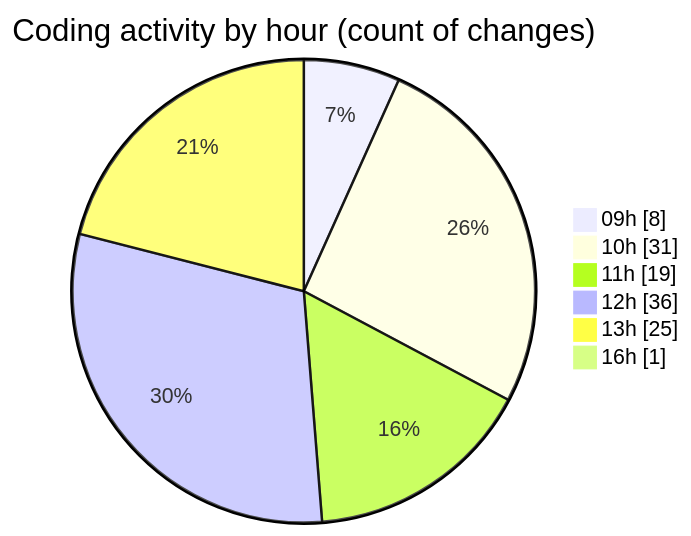
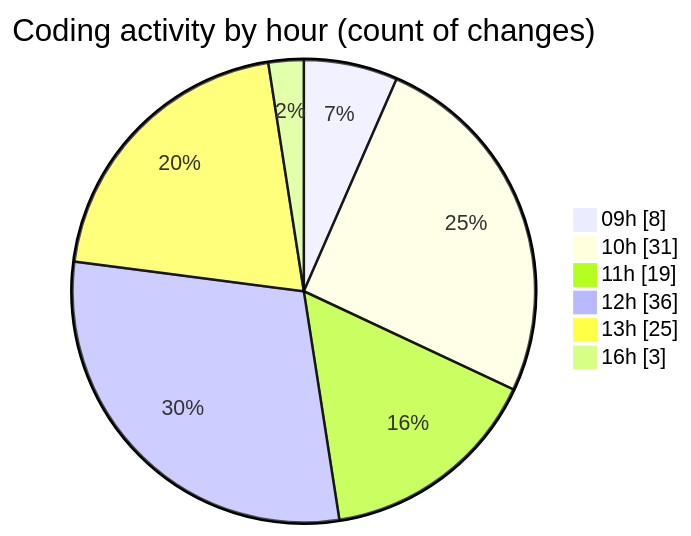
One commit to momahboobian/code-tracking changed the second of 2 diagrams in 2025-06-12/cda/README.md. Above: the diagram before and after it, drawn with Mermaid. The commit also changed other lines of this file and 1 other file, not shown here.

````diff
--- a/2025-06-12/cda/README.md
+++ b/2025-06-12/cda/README.md
@@ -31,10 +31,10 @@
 ```mermaid
 pie showData
 title Coding activity by hour (count of changes)
 "09h" : 8
 "10h" : 31
 "11h" : 19
 "12h" : 36
 "13h" : 25
-"16h" : 1
+"16h" : 3
 ```
````
